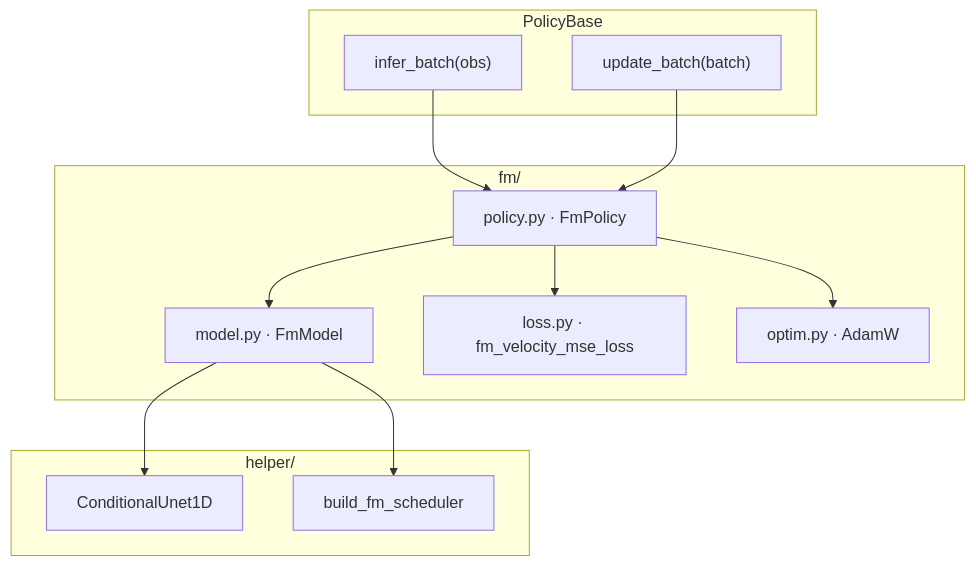
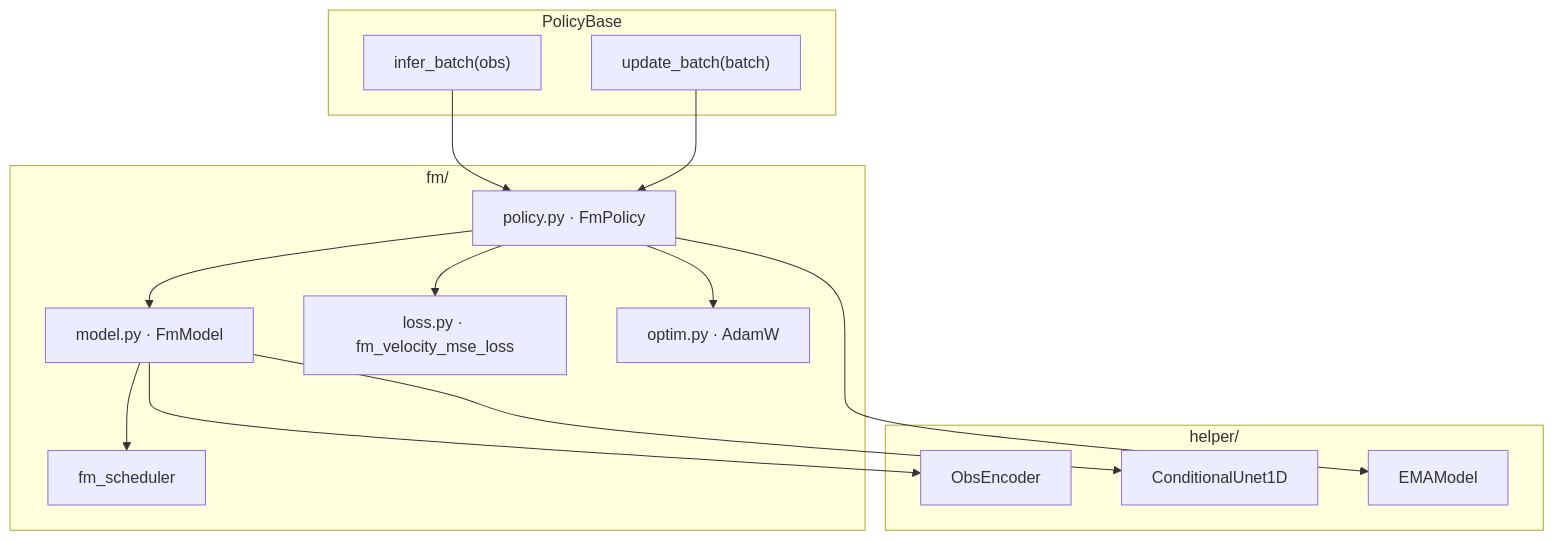
The first of 3 diagrams in bench_policy/utils/policy/fm/ARCHITECTURE.md (IBNBlank/maze_playground), drawn with Mermaid before and after one commit. The commit also changed other lines of this file and 14 other files, not shown here.

````diff
--- a/bench_policy/utils/policy/fm/ARCHITECTURE.md
+++ b/bench_policy/utils/policy/fm/ARCHITECTURE.md
@@ -7,27 +7,31 @@
 ```mermaid
 flowchart TB
   subgraph iface["PolicyBase"]
     IB["infer_batch(obs)"]
     UB["update_batch(batch)"]
   end
 
   subgraph fm_pkg["fm/"]
     Pol["policy.py · FmPolicy"]
     Mod["model.py · FmModel"]
     Loss["loss.py · fm_velocity_mse_loss"]
     Opt["optim.py · AdamW"]
+    Sched["fm_scheduler"]
   end
 
   subgraph helper["helper/"]
+    Obs["ObsEncoder"]
     UNet["ConditionalUnet1D"]
-    Sched["build_fm_scheduler"]
+    Ema["EMAModel"]
   end
 
   IB --> Pol
   UB --> Pol
   Pol --> Mod
   Pol --> Loss
   Pol --> Opt
+  Pol --> Ema
+  Mod --> Obs
   Mod --> UNet
   Mod --> Sched
 ```
````
